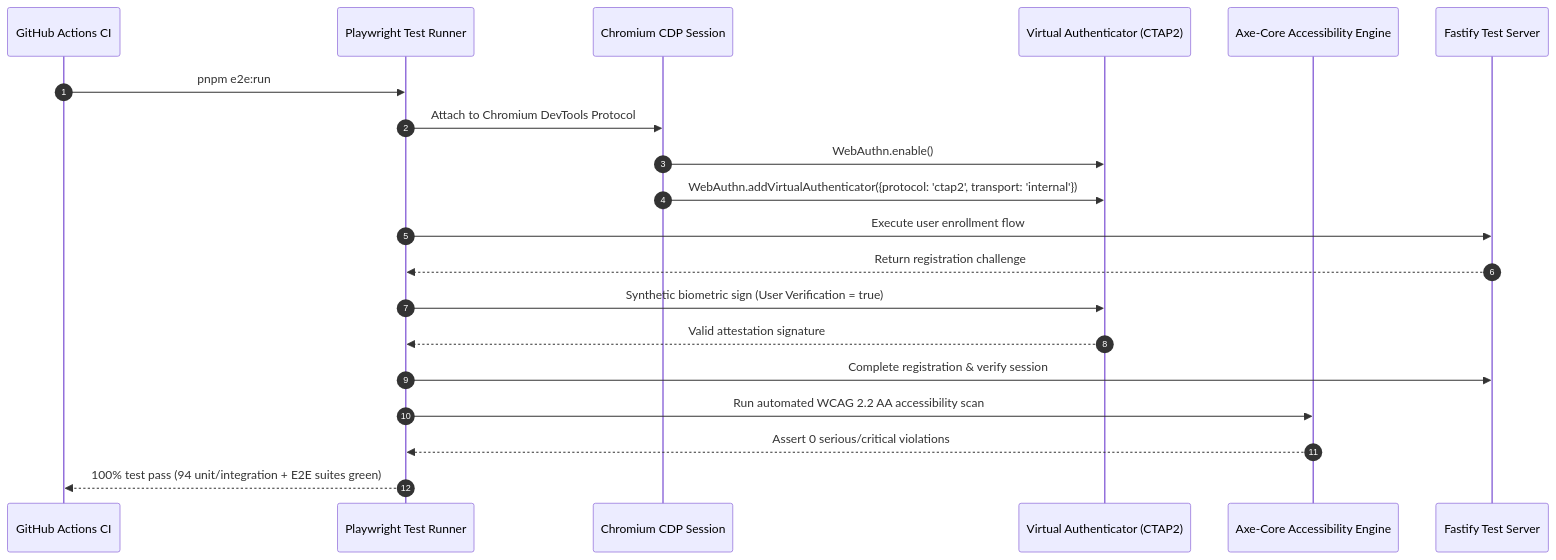
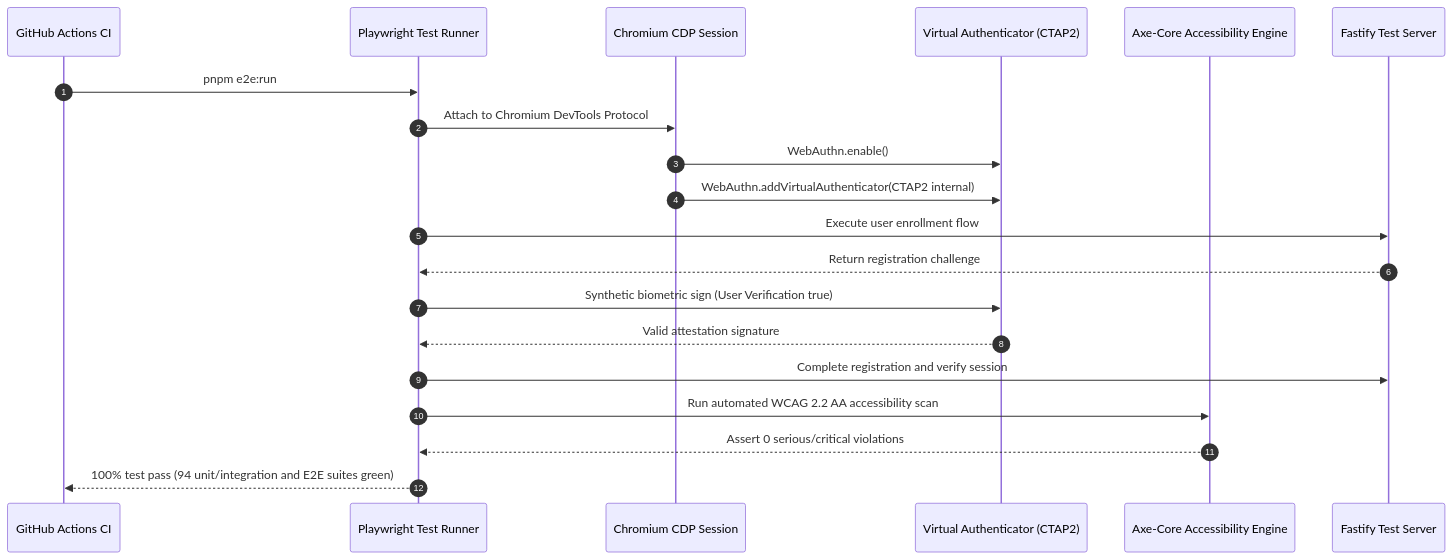
One commit to HarshkumarG007/SlowLight changed diagram 11 of 17 in README.md. Above: the diagram before and after it, drawn with Mermaid. The commit also changed other lines of this file, not shown here.

Commit message:
docs(readme): fix GitHub Mermaid parser syntax across all sequence diagrams

````diff
--- a/README.md
+++ b/README.md
@@ -944,23 +944,23 @@
 ```mermaid
 sequenceDiagram
     autonumber
     participant CI as GitHub Actions CI
     participant Playwright as Playwright Test Runner
     participant CDP as Chromium CDP Session
     participant WebAuthn as Virtual Authenticator (CTAP2)
     participant Axe as Axe-Core Accessibility Engine
     participant API as Fastify Test Server
     
     CI->>Playwright: pnpm e2e:run
     Playwright->>CDP: Attach to Chromium DevTools Protocol
     CDP->>WebAuthn: WebAuthn.enable()
-    CDP->>WebAuthn: WebAuthn.addVirtualAuthenticator({protocol: 'ctap2', transport: 'internal'})
+    CDP->>WebAuthn: WebAuthn.addVirtualAuthenticator(CTAP2 internal)
     Playwright->>API: Execute user enrollment flow
     API-->>Playwright: Return registration challenge
-    Playwright->>WebAuthn: Synthetic biometric sign (User Verification = true)
+    Playwright->>WebAuthn: Synthetic biometric sign (User Verification true)
     WebAuthn-->>Playwright: Valid attestation signature
-    Playwright->>API: Complete registration & verify session
+    Playwright->>API: Complete registration and verify session
     Playwright->>Axe: Run automated WCAG 2.2 AA accessibility scan
     Axe-->>Playwright: Assert 0 serious/critical violations
-    Playwright-->>CI: 100% test pass (94 unit/integration + E2E suites green)
+    Playwright-->>CI: 100% test pass (94 unit/integration and E2E suites green)
 ```
````
